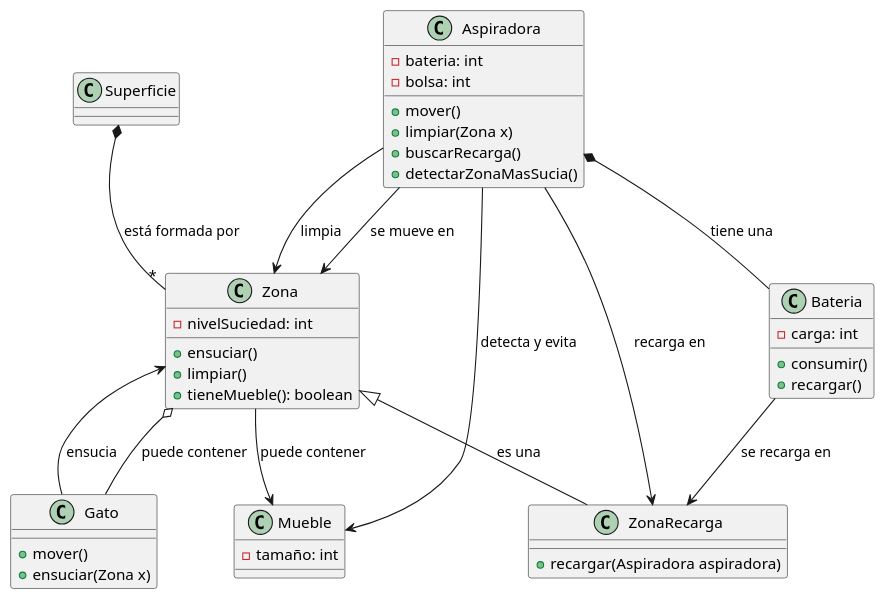
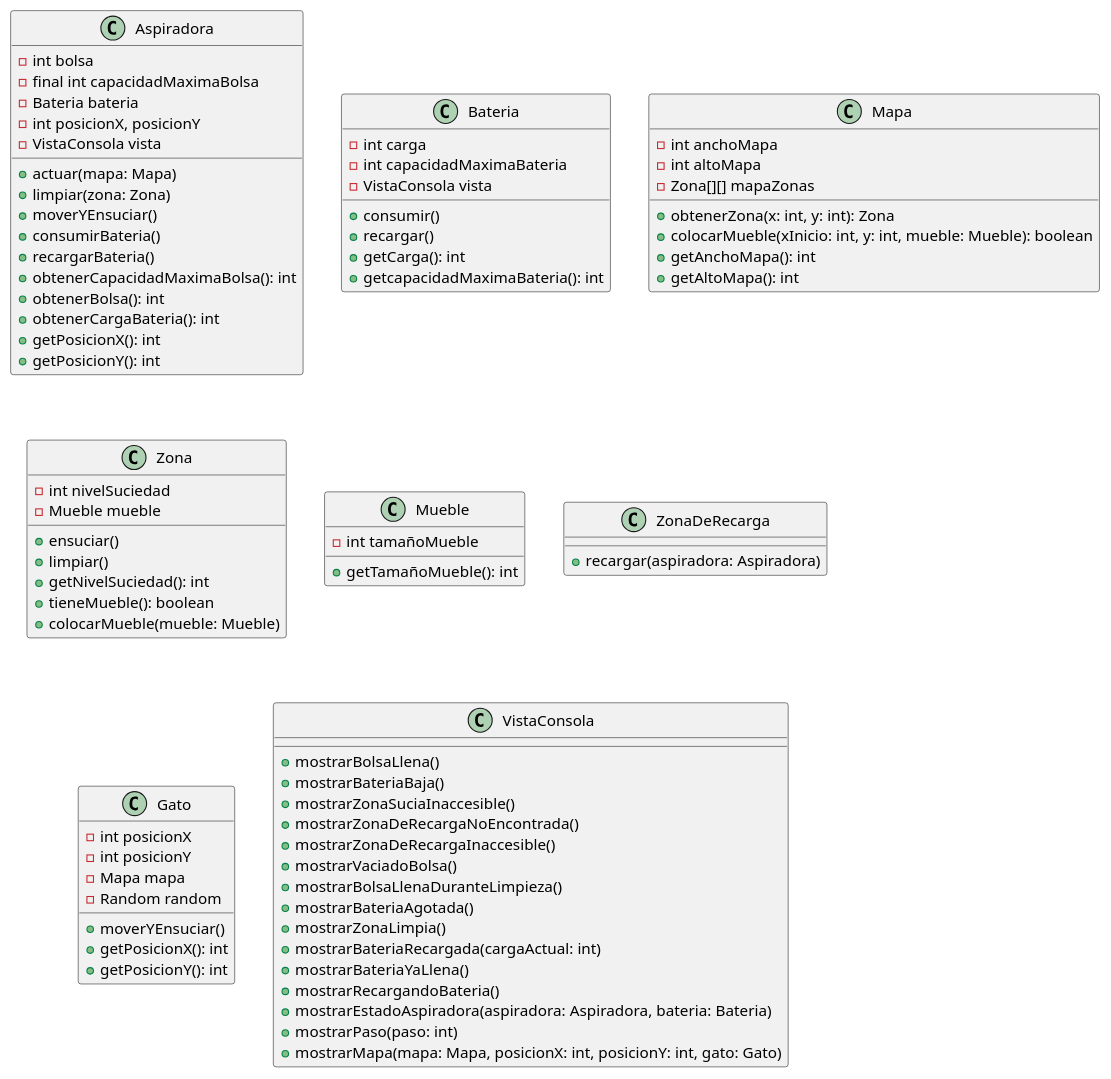
One commit to mmasias/24-25-IdSw2-SDD changed the diagram in modelosUML/DiagramaClases.puml. Above: the diagram before and after it, drawn with PlantUML.

Commit message:
Actualizacion del diagrama de clases sin las relaciones

```diff
--- a/modelosUML/DiagramaClases.puml
+++ b/modelosUML/DiagramaClases.puml
@@ -1,56 +1,88 @@
 @startuml
-class Superficie {
+
+class Aspiradora {
+    -int bolsa
+    -final int capacidadMaximaBolsa
+    -Bateria bateria
+    -int posicionX, posicionY
+    -VistaConsola vista
+    +actuar(mapa: Mapa)
+    +limpiar(zona: Zona)
+    +moverYEnsuciar()
+    +consumirBateria()
+    +recargarBateria()
+    +obtenerCapacidadMaximaBolsa(): int
+    +obtenerBolsa(): int
+    +obtenerCargaBateria(): int
+    +getPosicionX(): int
+    +getPosicionY(): int
+}
+
+class Bateria {
+    -int carga
+    -int capacidadMaximaBateria
+    -VistaConsola vista
+    +consumir()
+    +recargar()
+    +getCarga(): int
+    +getcapacidadMaximaBateria(): int
+}
+
+class Mapa {
+    -int anchoMapa
+    -int altoMapa
+    -Zona[][] mapaZonas
+    +obtenerZona(x: int, y: int): Zona
+    +colocarMueble(xInicio: int, y: int, mueble: Mueble): boolean
+    +getAnchoMapa(): int
+    +getAltoMapa(): int
 }
 
 class Zona {
-  - nivelSuciedad: int
-  + ensuciar()
-  + limpiar()
-  + tieneMueble(): boolean
-}
-
-class ZonaRecarga {
-  + recargar(Aspiradora aspiradora)
-}
-
-class Aspiradora {
-  - bateria: int
-  - bolsa: int
-  + mover()
-  + limpiar(Zona x)
-  + buscarRecarga()
-  + detectarZonaMasSucia()
-}
-
-class Bateria {
-  - carga: int
-  + consumir()
-  + recargar()
+    -int nivelSuciedad
+    -Mueble mueble
+    +ensuciar()
+    +limpiar()
+    +getNivelSuciedad(): int
+    +tieneMueble(): boolean
+    +colocarMueble(mueble: Mueble)
 }
 
 class Mueble {
-  - tamaño: int
+    -int tamañoMueble
+    +getTamañoMueble(): int
+}
+
+class ZonaDeRecarga {
+    +recargar(aspiradora: Aspiradora)
 }
 
 class Gato {
-  + mover()
-  + ensuciar(Zona x)
+    -int posicionX
+    -int posicionY
+    -Mapa mapa
+    -Random random
+    +moverYEnsuciar()
+    +getPosicionX(): int
+    +getPosicionY(): int
 }
 
-Superficie *-- "*" Zona : "está formada por"
-Zona o-- Gato : "puede contener"
-Zona <|-- ZonaRecarga : "es una"
-
-Aspiradora --> Zona : "se mueve en"
-Aspiradora --> Zona : "limpia"
-Aspiradora --> Mueble : "detecta y evita"
-Aspiradora --> ZonaRecarga : "recarga en"
-
-Aspiradora *-- Bateria : "tiene una"
-Bateria --> ZonaRecarga : "se recarga en"
-
-Zona --> Mueble : "puede contener"
-
-Gato --> Zona : "ensucia"
+class VistaConsola {
+    +mostrarBolsaLlena()
+    +mostrarBateriaBaja()
+    +mostrarZonaSuciaInaccesible()
+    +mostrarZonaDeRecargaNoEncontrada()
+    +mostrarZonaDeRecargaInaccesible()
+    +mostrarVaciadoBolsa()
+    +mostrarBolsaLlenaDuranteLimpieza()
+    +mostrarBateriaAgotada()
+    +mostrarZonaLimpia()
+    +mostrarBateriaRecargada(cargaActual: int)
+    +mostrarBateriaYaLlena()
+    +mostrarRecargandoBateria()
+    +mostrarEstadoAspiradora(aspiradora: Aspiradora, bateria: Bateria)
+    +mostrarPaso(paso: int)
+    +mostrarMapa(mapa: Mapa, posicionX: int, posicionY: int, gato: Gato)
+}
 
 @enduml
```
